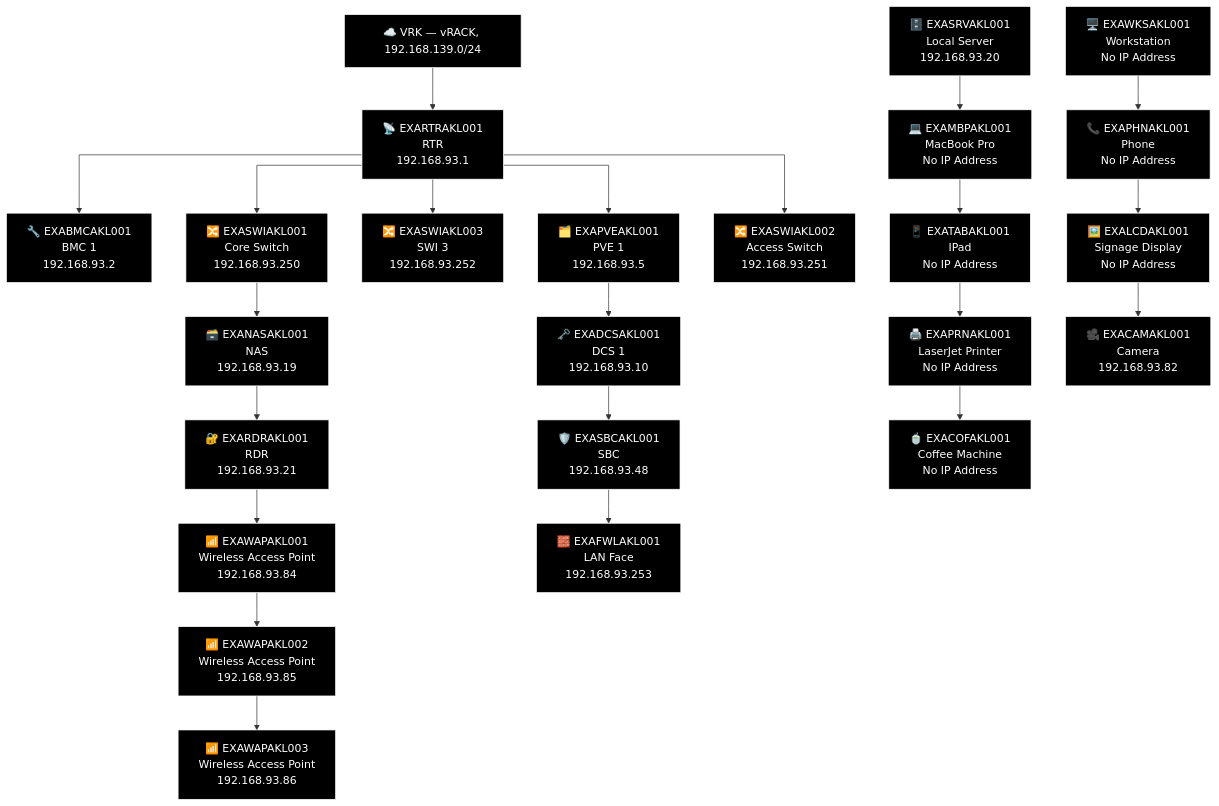
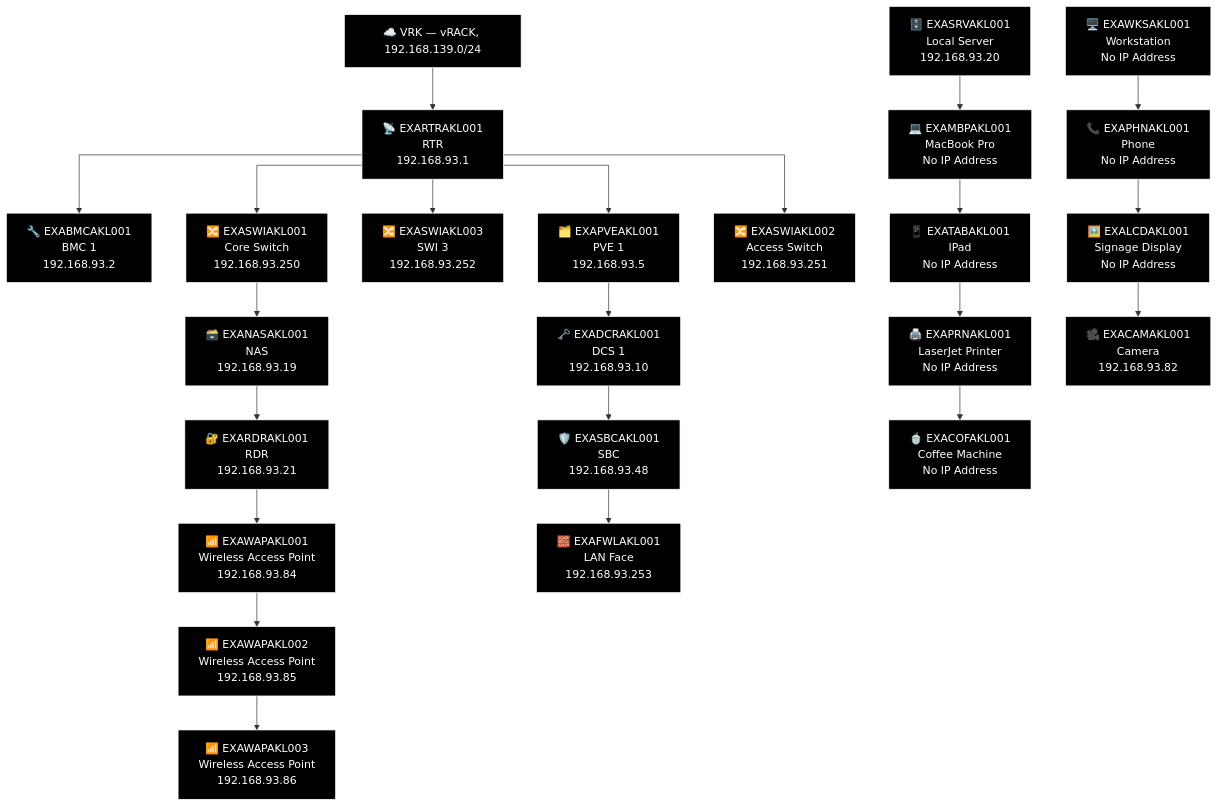
The third of 3 diagrams in docs/network-diagram/new-zealand.md (knightmare2600/example_music_infra), drawn with Mermaid before and after one commit. The commit also changed other lines of this file and 8 other files, not shown here.

````diff
--- a/docs/network-diagram/new-zealand.md
+++ b/docs/network-diagram/new-zealand.md
@@ -136,64 +131,64 @@
 ```mermaid
 %% GENERATED:TOPOLOGY:AKL:START
 %%{init: {'flowchart': {'curve': 'stepAfter'}}}%%
 graph TD
     T_VRK["☁️ VRK — vRACK, 192.168.139.0/24"]
     T_RTR["📡 EXARTRAKL001<br/>RTR<br/>192.168.93.1"]
     T_VRK --> T_RTR
     T_BMC["🔧 EXABMCAKL001<br/>BMC 1<br/>192.168.93.2"]
     T_RTR --> T_BMC
     T_PVE["🗂️ EXAPVEAKL001<br/>PVE 1<br/>192.168.93.5"]
     T_RTR --> T_PVE
     T_SWI["🔀 EXASWIAKL003<br/>SWI 3<br/>192.168.93.252"]
     T_RTR --> T_SWI
     T_SWI2["🔀 EXASWIAKL001<br/>Core Switch<br/>192.168.93.250"]
     T_RTR --> T_SWI2
     T_SWI3["🔀 EXASWIAKL002<br/>Access Switch<br/>192.168.93.251"]
     T_RTR --> T_SWI3
     T_NAS["🗃️ EXANASAKL001<br/>NAS<br/>192.168.93.19"]
     T_RDR["🔐 EXARDRAKL001<br/>RDR<br/>192.168.93.21"]
     T_WAP["📶 EXAWAPAKL001<br/>Wireless Access Point<br/>192.168.93.84"]
     T_WAP2["📶 EXAWAPAKL002<br/>Wireless Access Point<br/>192.168.93.85"]
     T_WAP3["📶 EXAWAPAKL003<br/>Wireless Access Point<br/>192.168.93.86"]
     T_SWI2 --> T_NAS --> T_RDR --> T_WAP --> T_WAP2 --> T_WAP3
-    T_DCS["🗝️ EXADCSAKL001<br/>DCS 1<br/>192.168.93.10"]
+    T_DCS["🗝️ EXADCRAKL001<br/>DCS 1<br/>192.168.93.10"]
     T_SBC["🛡️ EXASBCAKL001<br/>SBC<br/>192.168.93.48"]
     T_FWL["🧱 EXAFWLAKL001<br/>LAN Face<br/>192.168.93.253"]
     T_PVE --> T_DCS --> T_SBC --> T_FWL
     T_SRV["🗄️ EXASRVAKL001<br/>Local Server<br/>192.168.93.20"]
     T_WKS["🖥️ EXAWKSAKL001<br/>Workstation<br/>No IP Address"]
     T_MBP["💻 EXAMBPAKL001<br/>MacBook Pro<br/>No IP Address"]
     T_PHN["📞 EXAPHNAKL001<br/>Phone<br/>No IP Address"]
     T_TAB["📱 EXATABAKL001<br/>IPad<br/>No IP Address"]
     T_LCD["🖼️ EXALCDAKL001<br/>Signage Display<br/>No IP Address"]
     T_PRN["🖨️ EXAPRNAKL001<br/>LaserJet Printer<br/>No IP Address"]
     T_CAM["🎥 EXACAMAKL001<br/>Camera<br/>192.168.93.82"]
     T_COF["🍵 EXACOFAKL001<br/>Coffee Machine<br/>No IP Address"]
     T_SRV --> T_MBP --> T_TAB --> T_PRN --> T_COF
     T_WKS --> T_PHN --> T_LCD --> T_CAM
     style T_VRK fill:#000000,stroke:#FFFFFF,color:#FFFFFF
     style T_RTR fill:#000000,stroke:#FFFFFF,color:#FFFFFF
     style T_BMC fill:#000000,stroke:#FFFFFF,color:#FFFFFF
     style T_PVE fill:#000000,stroke:#FFFFFF,color:#FFFFFF
     style T_SWI fill:#000000,stroke:#FFFFFF,color:#FFFFFF
     style T_SWI2 fill:#000000,stroke:#FFFFFF,color:#FFFFFF
     style T_SWI3 fill:#000000,stroke:#FFFFFF,color:#FFFFFF
     style T_NAS fill:#000000,stroke:#FFFFFF,color:#FFFFFF
     style T_RDR fill:#000000,stroke:#FFFFFF,color:#FFFFFF
     style T_WAP fill:#000000,stroke:#FFFFFF,color:#FFFFFF
     style T_WAP2 fill:#000000,stroke:#FFFFFF,color:#FFFFFF
     style T_WAP3 fill:#000000,stroke:#FFFFFF,color:#FFFFFF
     style T_DCS fill:#000000,stroke:#FFFFFF,color:#FFFFFF
     style T_SBC fill:#000000,stroke:#FFFFFF,color:#FFFFFF
     style T_FWL fill:#000000,stroke:#FFFFFF,color:#FFFFFF
     style T_SRV fill:#000000,stroke:#FFFFFF,color:#FFFFFF
     style T_WKS fill:#000000,stroke:#FFFFFF,color:#FFFFFF
     style T_MBP fill:#000000,stroke:#FFFFFF,color:#FFFFFF
     style T_PHN fill:#000000,stroke:#FFFFFF,color:#FFFFFF
     style T_TAB fill:#000000,stroke:#FFFFFF,color:#FFFFFF
     style T_LCD fill:#000000,stroke:#FFFFFF,color:#FFFFFF
     style T_PRN fill:#000000,stroke:#FFFFFF,color:#FFFFFF
     style T_CAM fill:#000000,stroke:#FFFFFF,color:#FFFFFF
     style T_COF fill:#000000,stroke:#FFFFFF,color:#FFFFFF
 %% GENERATED:TOPOLOGY:AKL:END
 ```
````
